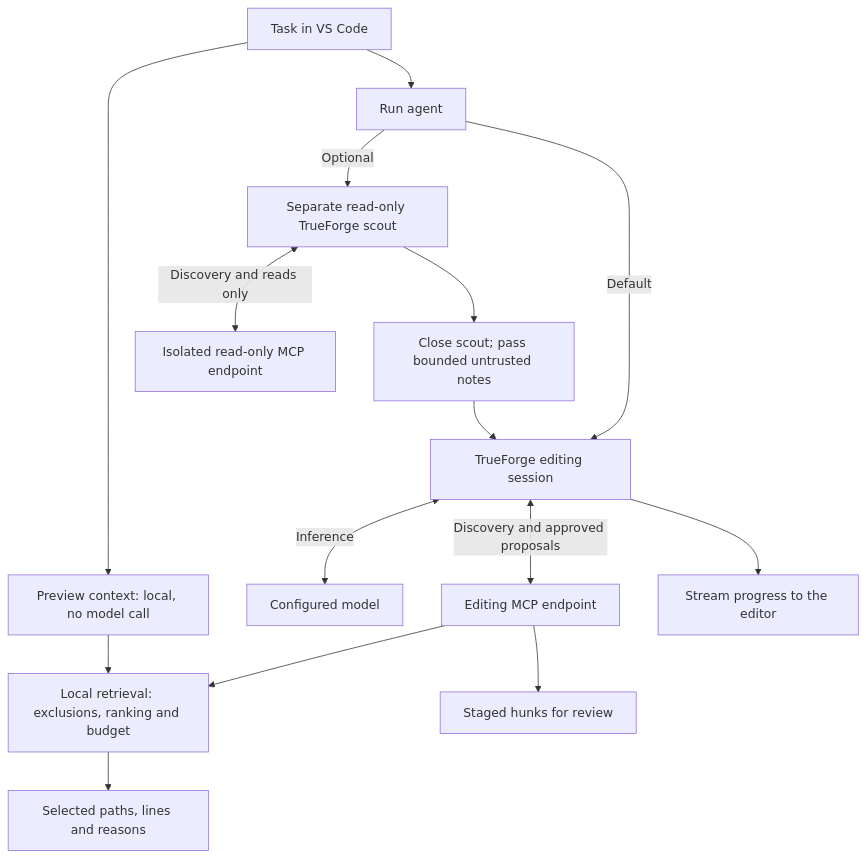
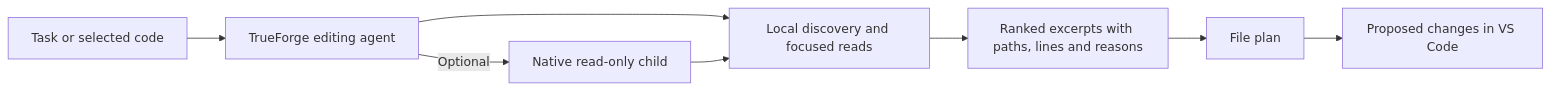
The first of 2 diagrams in README.md (aceholland/forgelens), drawn with Mermaid before and after one commit. The commit also changed other lines of this file and 36 other files, not shown here.

Commit message:
Review changes live and validate staged multi-file candidates in TrueForge

````diff
--- a/README.md
+++ b/README.md
@@ -48,17 +49,10 @@
 ```mermaid
-flowchart TD
-    User["Task in VS Code"] --> Preview["Preview context: local, no model call"]
-    Preview --> Retrieval["Local retrieval: exclusions, ranking and budget"]
-    Retrieval --> Evidence["Selected paths, lines and reasons"]
-    User --> Run["Run agent"]
-    Run -->|Optional| Scout["Separate read-only TrueForge scout"]
-    Scout <-->|Discovery and reads only| ReadTools["Isolated read-only MCP endpoint"]
-    Scout --> Notes["Close scout; pass bounded untrusted notes"]
-    Run -->|Default| Parent["TrueForge editing session"]
-    Notes --> Parent
-    Parent <-->|Inference| Model["Configured model"]
-    Parent <-->|Discovery and approved proposals| Tools["Editing MCP endpoint"]
-    Tools --> Retrieval
-    Tools --> Queue["Staged hunks for review"]
-    Parent --> Events["Stream progress to the editor"]
+flowchart LR
+    Task["Task or selected code"] --> Parent["TrueForge editing agent"]
+    Parent --> Search["Local discovery and focused reads"]
+    Parent -->|Optional| Scout["Native read-only child"]
+    Scout --> Search
+    Search --> Clips["Ranked excerpts with paths, lines and reasons"]
+    Clips --> Plan["File plan"]
+    Plan --> Review["Proposed changes in VS Code"]
 ```
````
